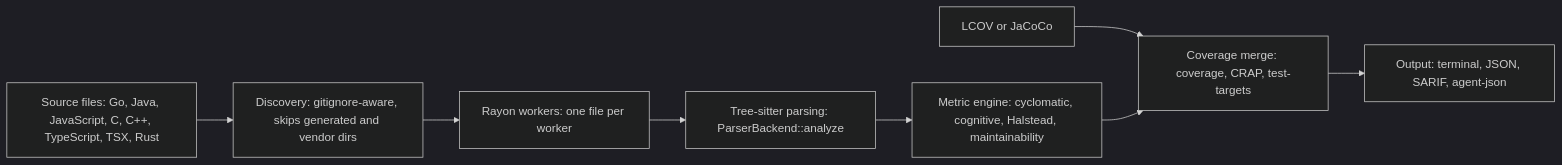
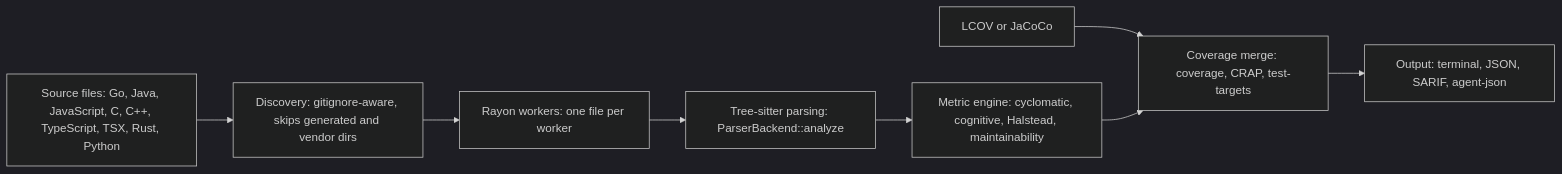
Before and after one commit to jbt95/leadline: the first of 3 diagrams in README.md, drawn with Mermaid (dark theme). The commit also changed other lines of this file and 39 other files, not shown here.

````diff
--- a/README.md
+++ b/README.md
@@ -39,10 +39,10 @@
 ```mermaid
 flowchart LR
-    Sources["Source files: Go, Java, JavaScript, C, C++, TypeScript, TSX, Rust"] --> Discovery["Discovery: gitignore-aware, skips generated and vendor dirs"]
+    Sources["Source files: Go, Java, JavaScript, C, C++, TypeScript, TSX, Rust, Python"] --> Discovery["Discovery: gitignore-aware, skips generated and vendor dirs"]
     Discovery --> Workers["Rayon workers: one file per worker"]
     Workers --> Parser["Tree-sitter parsing: ParserBackend::analyze"]
     Parser --> Engine["Metric engine: cyclomatic, cognitive, Halstead, maintainability"]
     Coverage["LCOV or JaCoCo"] --> Apply["Coverage merge: coverage, CRAP, test-targets"]
     Engine --> Apply
     Apply --> Output["Output: terminal, JSON, SARIF, agent-json"]
 ```
````
